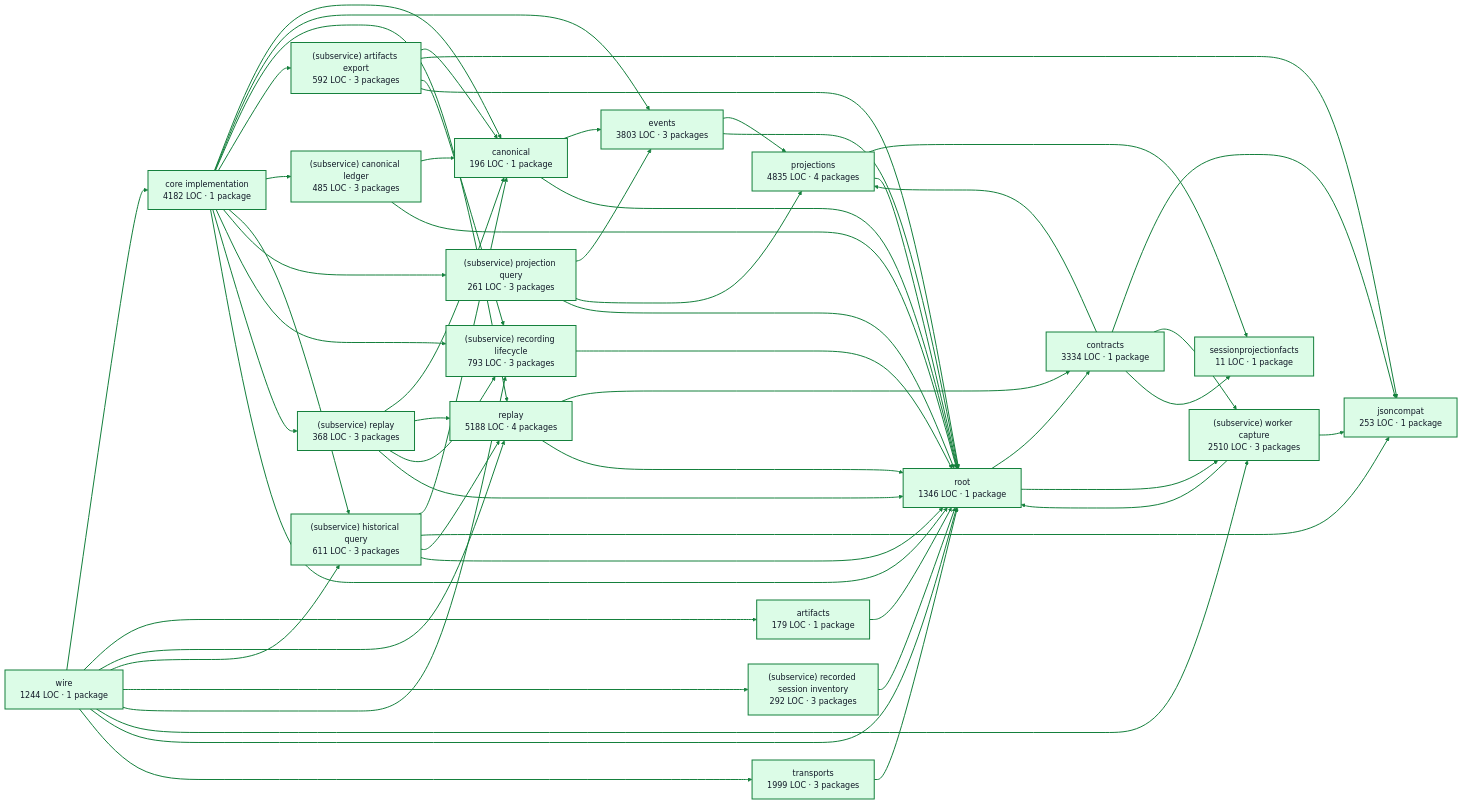
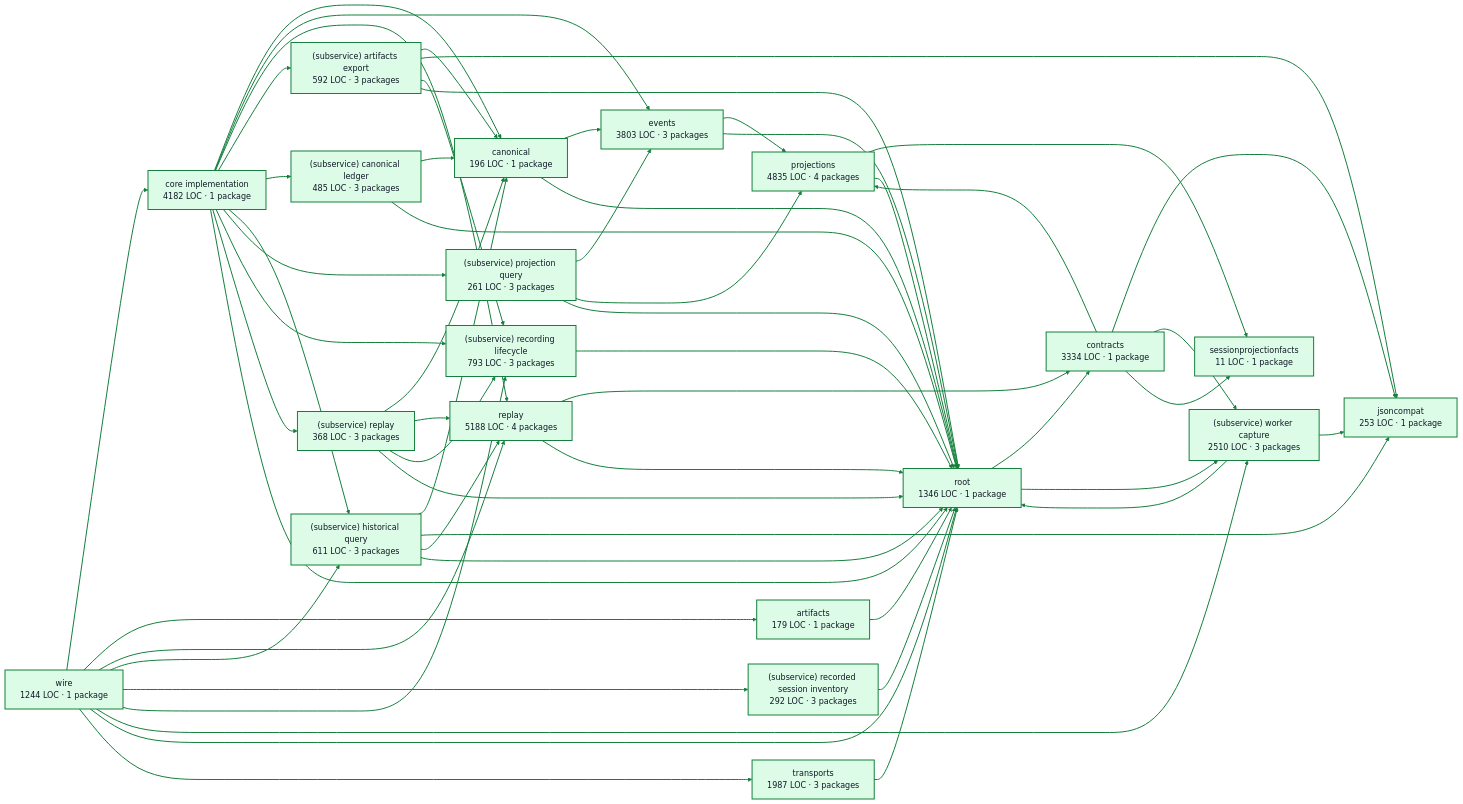
The diagram in docs/architecture/visualizations/services/recordings.md (portpowered/you-agent-factory), drawn with Mermaid before and after one commit. The commit also changed other lines of this file and 20 other files, not shown here.

Commit message:
docs: refresh backend architecture visualizations

```diff
--- a/docs/architecture/visualizations/services/recordings.md
+++ b/docs/architecture/visualizations/services/recordings.md
@@ -28,7 +28,7 @@
   p15["(subservice) worker capture<br/>2510 LOC · 3 packages"]
   p16["sessionprojectionfacts<br/>11 LOC · 1 package"]
   p17["root<br/>1346 LOC · 1 package"]
-  p18["transports<br/>1999 LOC · 3 packages"]
+  p18["transports<br/>1987 LOC · 3 packages"]
   p19["wire<br/>1244 LOC · 1 package"]
   p0 --> p2
   p0 --> p4
```
